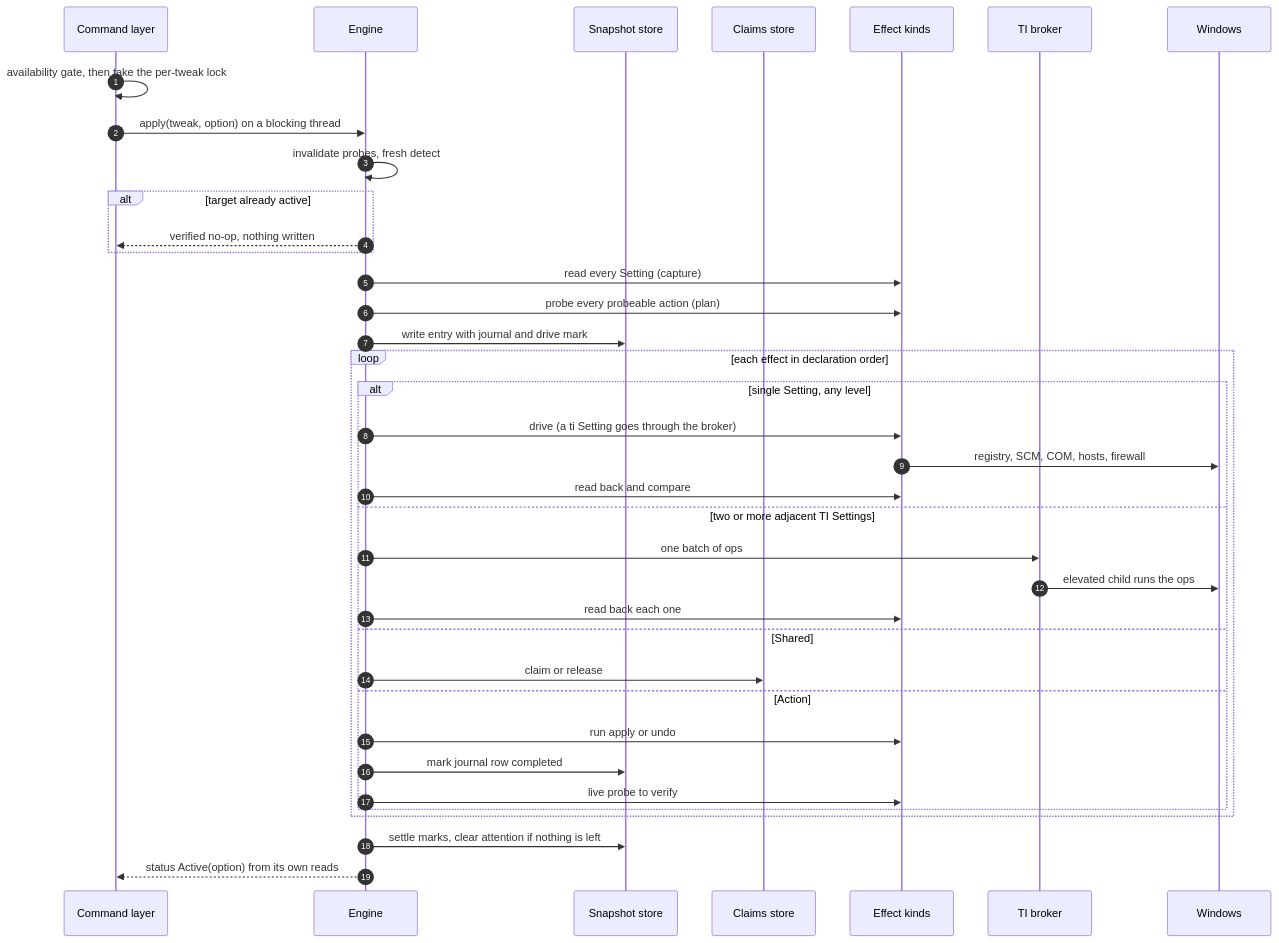
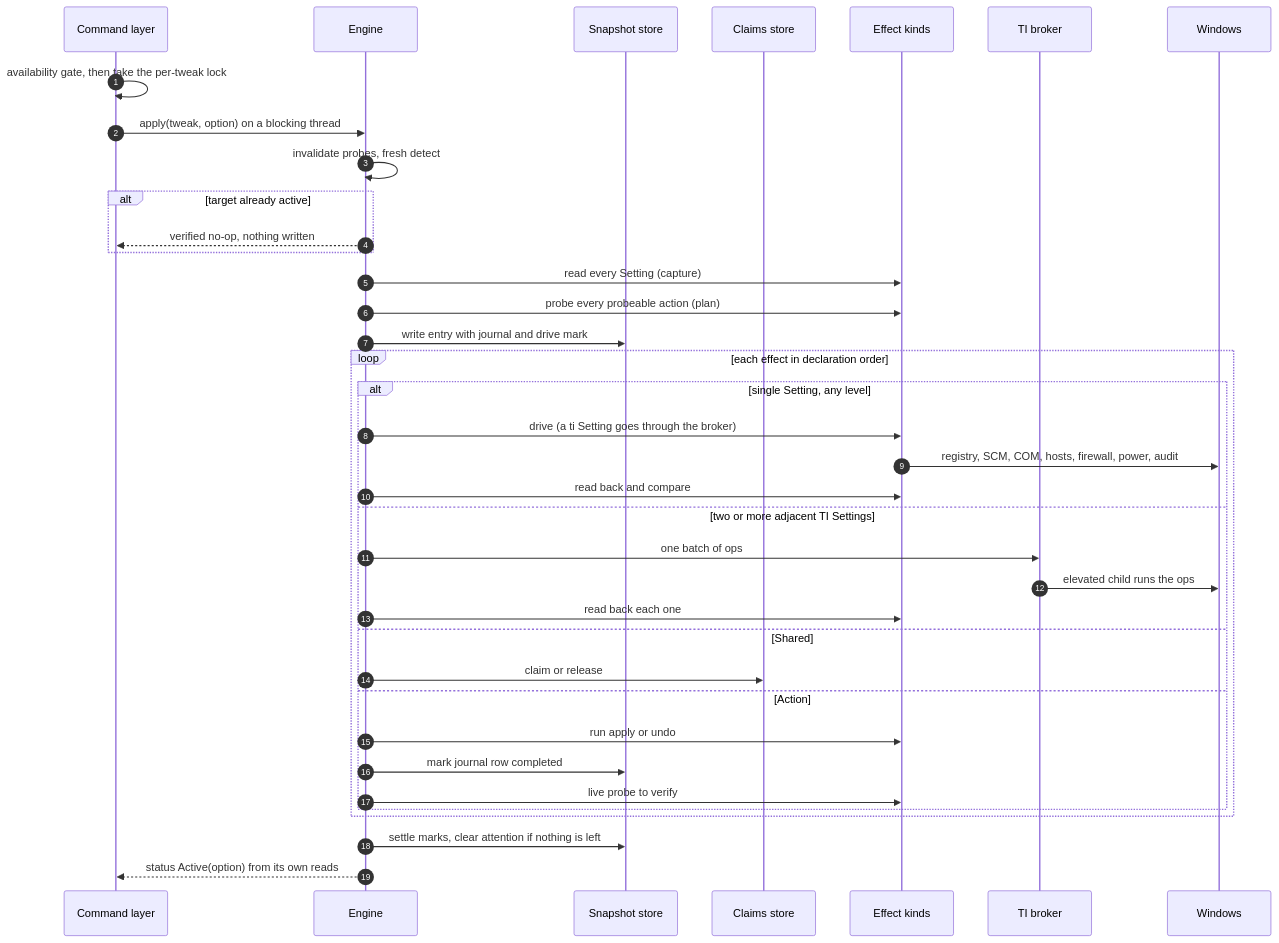
The second of 3 diagrams in docs/architecture/tweak/apply-and-restore.md (ehsan18t/magicx-toolbox-gui), drawn with Mermaid before and after one commit. The commit also changed 245 other files, not shown here.

First line of the commit message:
feat: modernize the stack, harden startup and self-update, add native power and audit kinds (#36)

````diff
--- a/docs/architecture/tweak/apply-and-restore.md
+++ b/docs/architecture/tweak/apply-and-restore.md
@@ -47,40 +47,40 @@
 ```mermaid
 sequenceDiagram
   autonumber
   participant C as Command layer
   participant E as Engine
   participant S as Snapshot store
   participant SC as Claims store
   participant K as Effect kinds
   participant B as TI broker
   participant W as Windows
 
   C->>C: availability gate, then take the per-tweak lock
   C->>E: apply(tweak, option) on a blocking thread
   E->>E: invalidate probes, fresh detect
   alt target already active
     E-->>C: verified no-op, nothing written
   end
   E->>K: read every Setting (capture)
   E->>K: probe every probeable action (plan)
   E->>S: write entry with journal and drive mark
   loop each effect in declaration order
     alt single Setting, any level
       E->>K: drive (a ti Setting goes through the broker)
-      K->>W: registry, SCM, COM, hosts, firewall
+      K->>W: registry, SCM, COM, hosts, firewall, power, audit
       E->>K: read back and compare
     else two or more adjacent TI Settings
       E->>B: one batch of ops
       B->>W: elevated child runs the ops
       E->>K: read back each one
     else Shared
       E->>SC: claim or release
     else Action
       E->>K: run apply or undo
       E->>S: mark journal row completed
       E->>K: live probe to verify
     end
   end
   E->>S: settle marks, clear attention if nothing is left
   E-->>C: status Active(option) from its own reads
 ```
````
